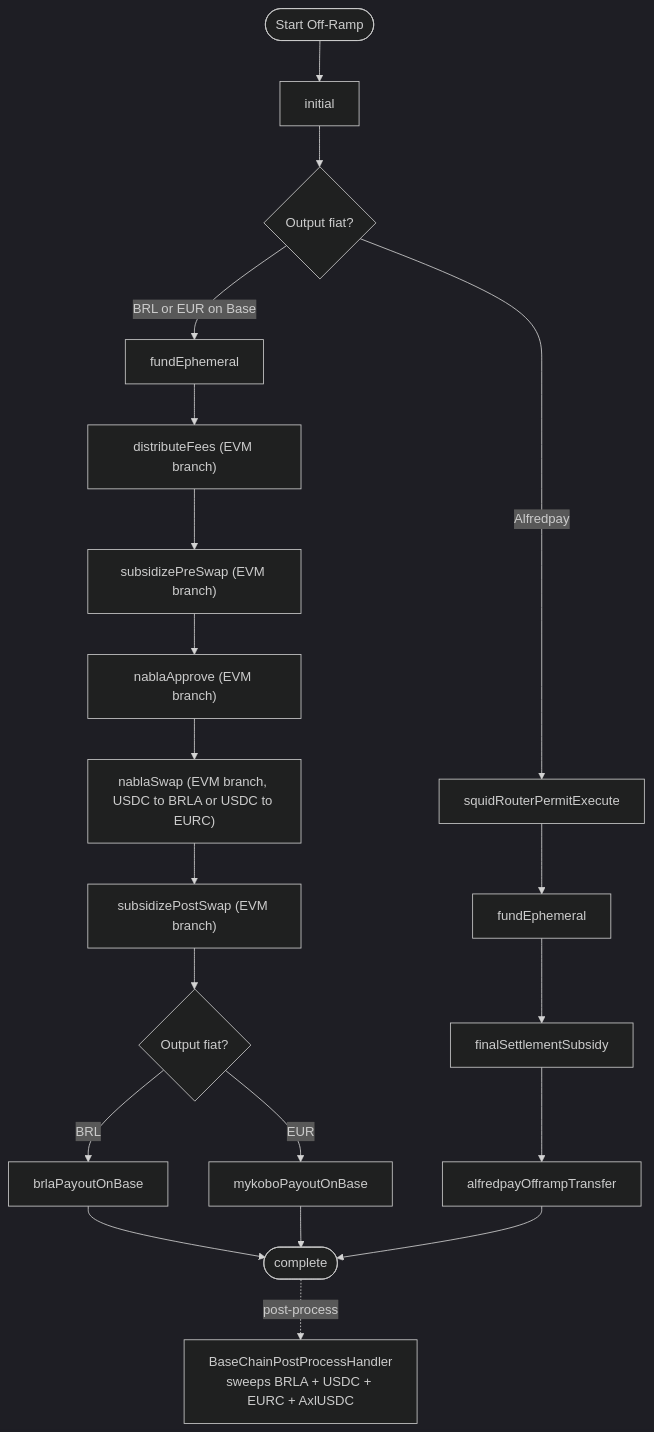
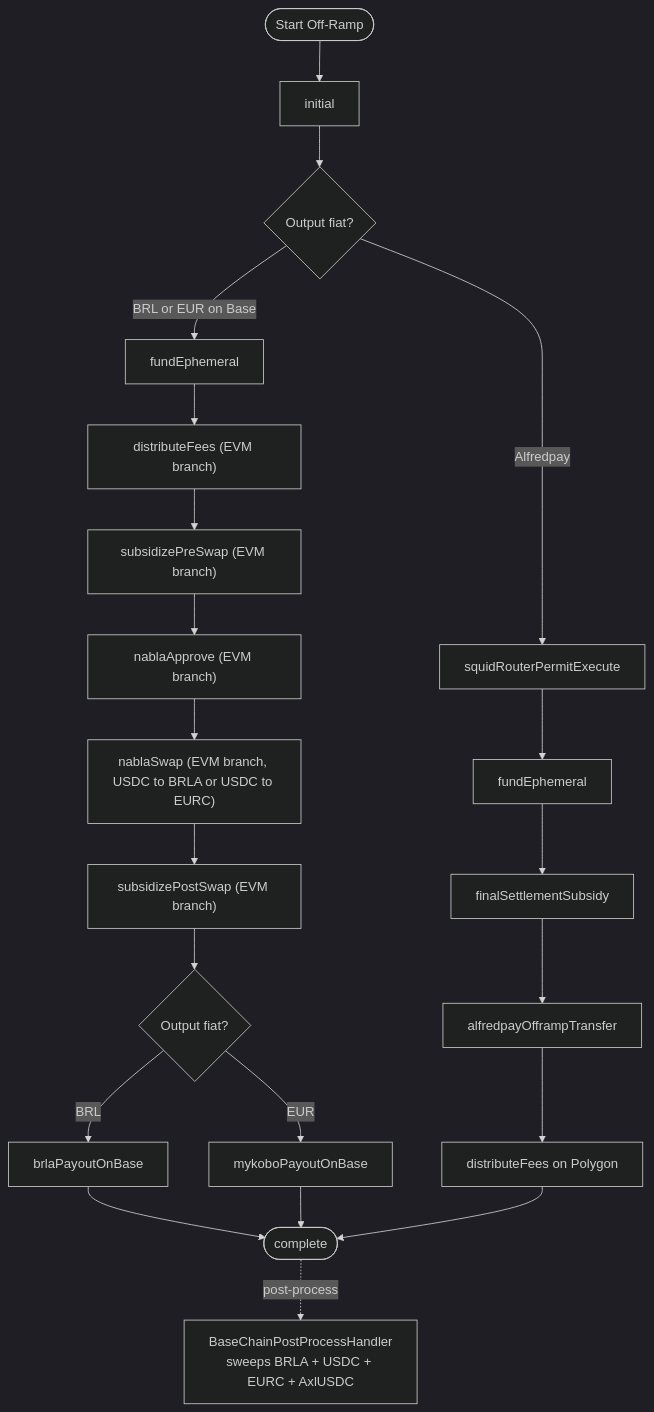
Before and after one commit to pendulum-chain/vortex: the second of 2 diagrams in docs/security-spec/03-ramp-engine/ramp-phase-flows.md, drawn with Mermaid (dark theme). The commit also changed other lines of this file and 7 other files, not shown here.

````diff
--- a/docs/security-spec/03-ramp-engine/ramp-phase-flows.md
+++ b/docs/security-spec/03-ramp-engine/ramp-phase-flows.md
@@ -139,32 +141,33 @@
 ```mermaid
 graph TD
     Start([Start Off-Ramp]) --> Init[initial]
     Init --> Corridor{Output fiat?}
 
     %% --- Shared Base entry: BRL + EUR ---
     %% The user-signed Squid bridge (source EVM -> Base USDC) is submitted client-side
     %% before the backend runtime starts. AssetHub -> BRL is cataloged for recovery but disabled at quote eligibility.
     Corridor -->|BRL or EUR on Base| BaseFund[fundEphemeral]
     BaseFund --> BaseDistEvm["distributeFees (EVM branch)"]
     BaseDistEvm --> BaseSubPreEvm["subsidizePreSwap (EVM branch)"]
     BaseSubPreEvm --> BaseApproveEvm["nablaApprove (EVM branch)"]
     BaseApproveEvm --> BaseSwapEvm["nablaSwap (EVM branch, USDC to BRLA or USDC to EURC)"]
     BaseSwapEvm --> BaseSubPostEvm["subsidizePostSwap (EVM branch)"]
     BaseSubPostEvm --> Payout{Output fiat?}
 
     %% --- Per-corridor terminal payout phase ---
     Payout -->|BRL| BrlPayout[brlaPayoutOnBase]
     Payout -->|EUR| MykPayout[mykoboPayoutOnBase]
     BrlPayout --> Complete([complete])
     MykPayout --> Complete
 
     %% --- Base post-process cleanup (after complete, out-of-flow) ---
     Complete -.post-process.-> BaseCleanup[BaseChainPostProcessHandler<br/>sweeps BRLA + USDC + EURC + AxlUSDC]
 
     %% --- Alfredpay (Polygon, different chain) ---
     Corridor -->|Alfredpay| AfPermit[squidRouterPermitExecute]
     AfPermit --> AfFund[fundEphemeral]
     AfFund --> AfFinalSubsidy[finalSettlementSubsidy]
     AfFinalSubsidy --> AfTransfer[alfredpayOfframpTransfer]
-    AfTransfer --> Complete
+    AfTransfer --> AfDistOff[distributeFees on Polygon]
+    AfDistOff --> Complete
 ```
````
